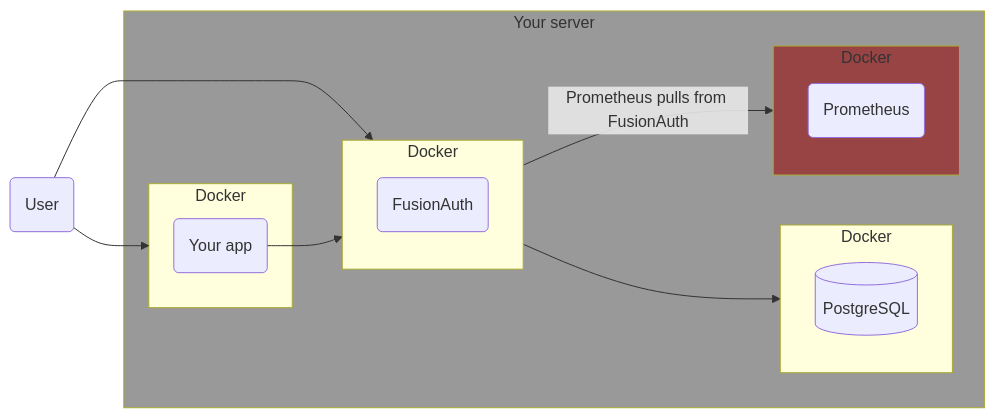
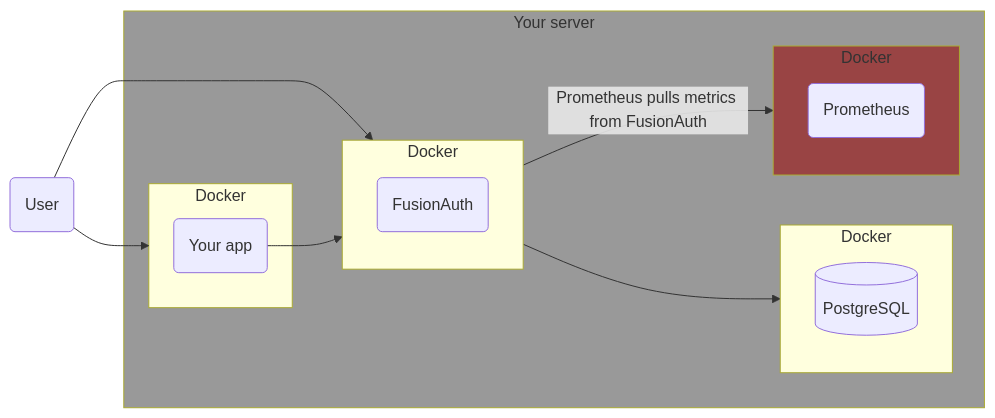
The second of 3 diagrams in astro/src/content/docs/operate/secure-and-monitor/prometheus2.mdx (FusionAuth/fusionauth-site), drawn with Mermaid before and after one commit. The commit also changed other lines of this file, not shown here.

````diff
--- a/astro/src/content/docs/operate/secure-and-monitor/prometheus2.mdx
+++ b/astro/src/content/docs/operate/secure-and-monitor/prometheus2.mdx
@@ -51,25 +51,25 @@
 ```mermaid
 graph LR
   D(User)
   subgraph I[Your server]
     subgraph G[Docker]
       H[(PostgreSQL)]
     end
     subgraph C[Docker]
       A(FusionAuth)
     end
     subgraph E[Docker]
       B(Prometheus)
     end
     subgraph J[Docker]
       F(Your app)
     end
   end
   D --> J
   D --> C
   C --> G
   F --> C
-  C --> |Prometheus pulls from FusionAuth| E
+  C --> |Prometheus pulls metrics from FusionAuth| E
   style I fill:#999
   style E fill:#944
 ```
````
